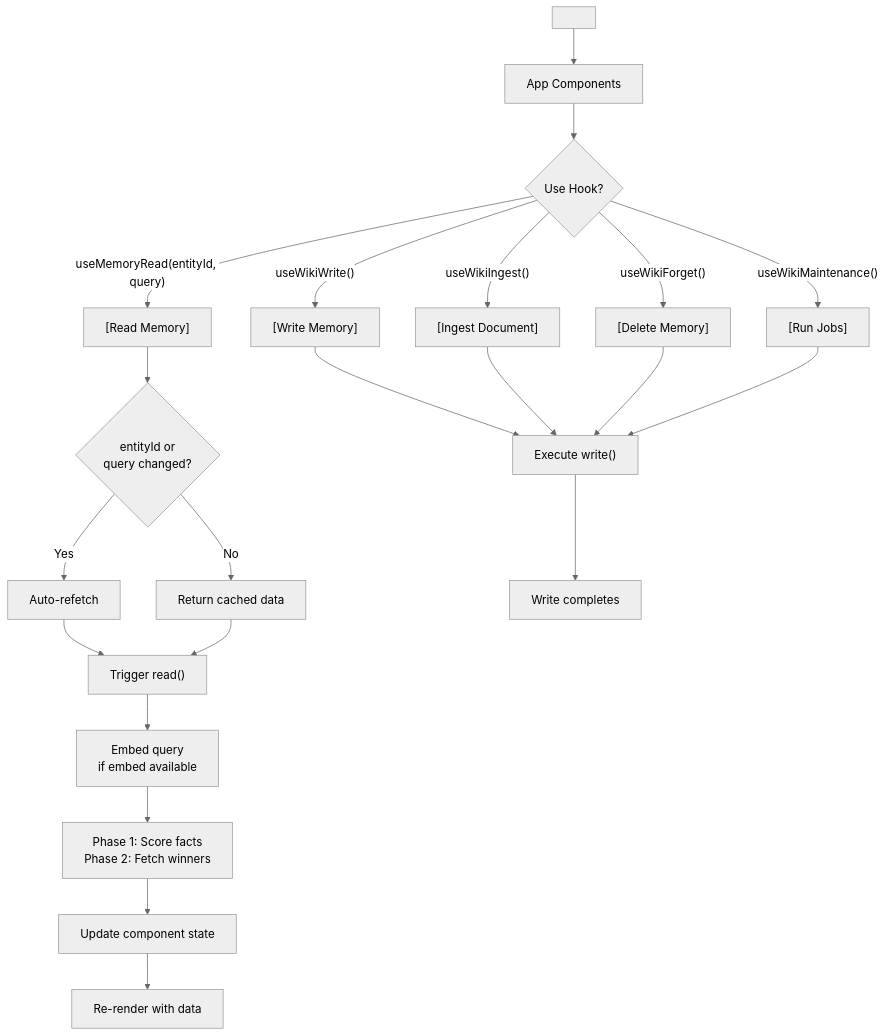
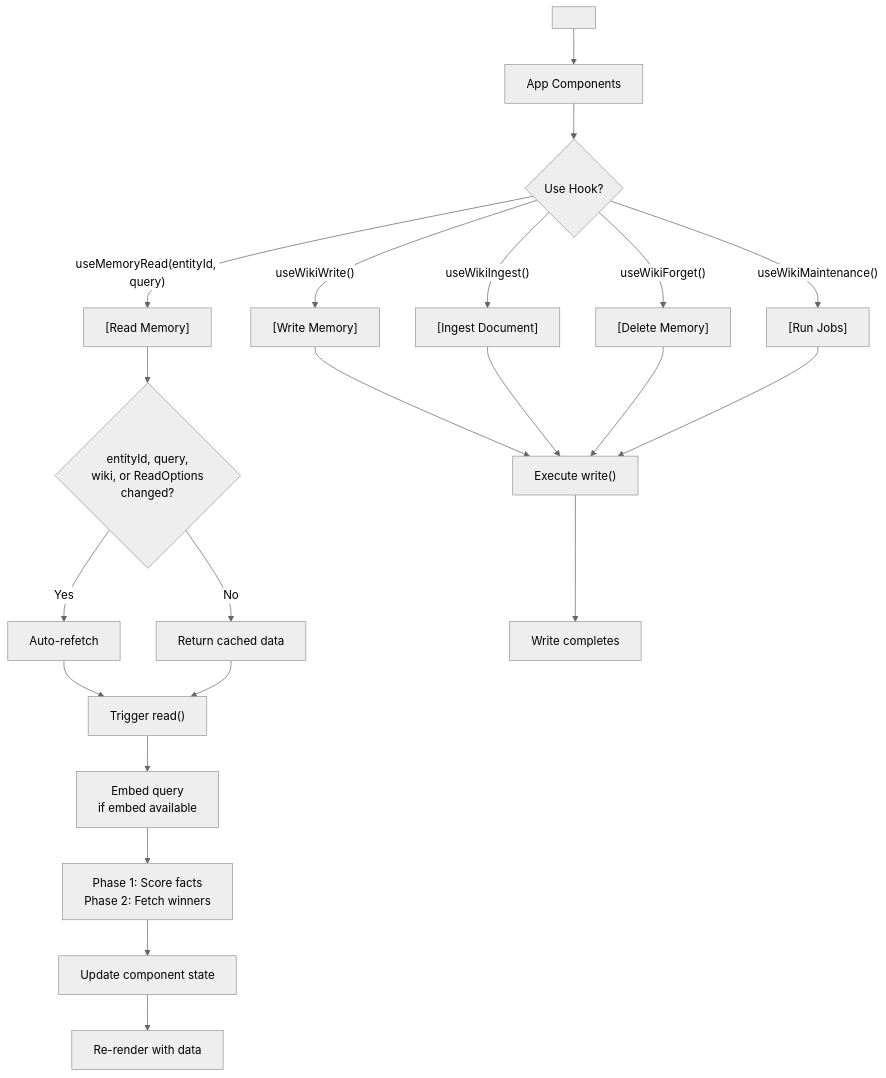
Before and after one commit to equationalapplications/expo-llm-wiki: the third of 3 diagrams in README.md, drawn with Mermaid (neutral theme).

Commit message:
Potential fix for pull request finding

````diff
--- a/README.md
+++ b/README.md
@@ -678,24 +678,24 @@
 ```mermaid
 flowchart TD
     A["<WikiProvider wiki={wiki}>"] --> B["App Components"]
     B --> C{"Use Hook?"}
     C -->|"useMemoryRead(entityId, query)"| D["[Read Memory]"]
     C -->|"useWikiWrite()"| E["[Write Memory]"]
     C -->|"useWikiIngest()"| F["[Ingest Document]"]
     C -->|"useWikiForget()"| G["[Delete Memory]"]
     C -->|"useWikiMaintenance()"| H["[Run Jobs]"]
-    D --> I{"entityId or<br/>query changed?"}
+    D --> I{"entityId, query,<br/>wiki, or ReadOptions<br/>changed?"}
     I -->|"Yes"| J["Auto-refetch"]
     I -->|"No"| K["Return cached data"]
     J --> L["Trigger read()"]
     K --> L
     L --> M["Embed query<br/>if embed available"]
     M --> N["Phase 1: Score facts<br/>Phase 2: Fetch winners"]
     N --> O["Update component state"]
     O --> P["Re-render with data"]
     E --> Q["Execute write()"]
     F --> Q
     G --> Q
     H --> Q
     Q --> R["Write completes"]
 ```
````
